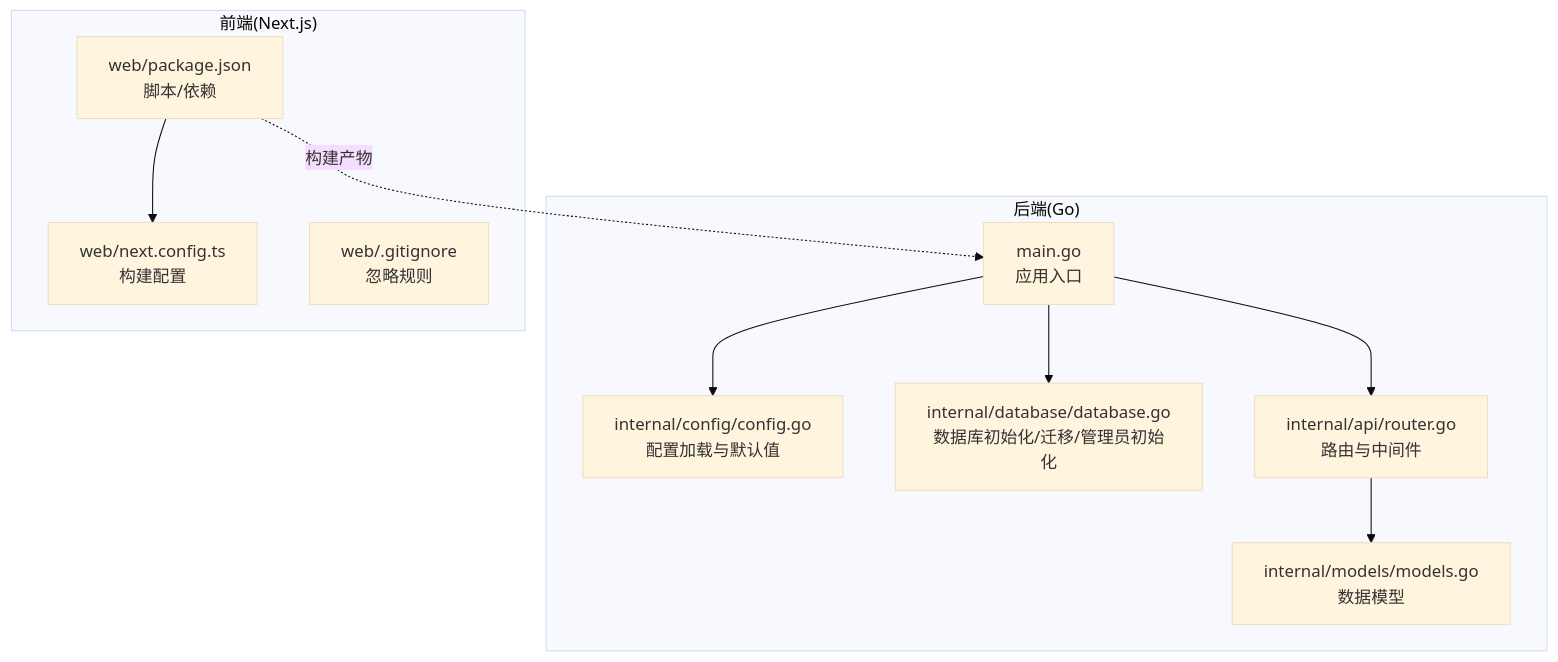
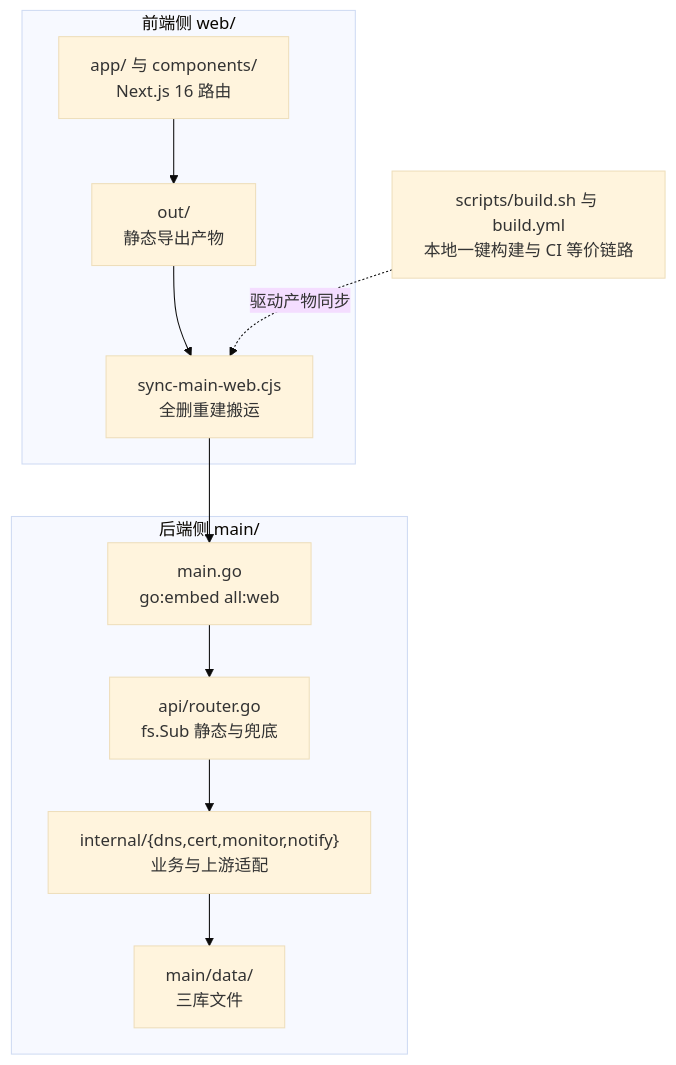
Before and after one commit to x01n/dnsplane: the first of 5 diagrams in docs/快速开始.md, drawn with Mermaid (base theme). The commit also changed other lines of this file and 326 other files, not shown here.

````diff
--- a/docs/快速开始.md
+++ b/docs/快速开始.md
@@ -38,21 +104,18 @@
 ```mermaid
-graph TB
-subgraph "后端(Go)"
-MGO["main.go<br/>应用入口"]
-CFG["internal/config/config.go<br/>配置加载与默认值"]
-DB["internal/database/database.go<br/>数据库初始化/迁移/管理员初始化"]
-API["internal/api/router.go<br/>路由与中间件"]
-MOD["internal/models/models.go<br/>数据模型"]
-end
-subgraph "前端(Next.js)"
-PKG["web/package.json<br/>脚本/依赖"]
-NCFG["web/next.config.ts<br/>构建配置"]
-GITI["web/.gitignore<br/>忽略规则"]
-end
-MGO --> CFG
-MGO --> DB
-MGO --> API
-API --> MOD
-PKG --> NCFG
-PKG -. 构建产物 .-> MGO
+flowchart TB
+  subgraph SG1["前端侧 web/"]
+    APP["app/ 与 components/<br/>Next.js 16 路由"]
+    OUT["out/<br/>静态导出产物"]
+    SYNC["sync-main-web.cjs<br/>全删重建搬运"]
+  end
+  subgraph SG2["后端侧 main/"]
+    MAIN["main.go<br/>go:embed all:web"]
+    ROUTER["api/router.go<br/>fs.Sub 静态与兜底"]
+    CORE["internal/{dns,cert,monitor,notify}<br/>业务与上游适配"]
+    DB["main/data/<br/>三库文件"]
+  end
+  SCRIPTS["scripts/build.sh 与 build.yml<br/>本地一键构建与 CI 等价链路"]
+  APP --> OUT --> SYNC --> MAIN
+  MAIN --> ROUTER --> CORE --> DB
+  SCRIPTS -. 驱动产物同步 .-> SYNC
 ```
````
